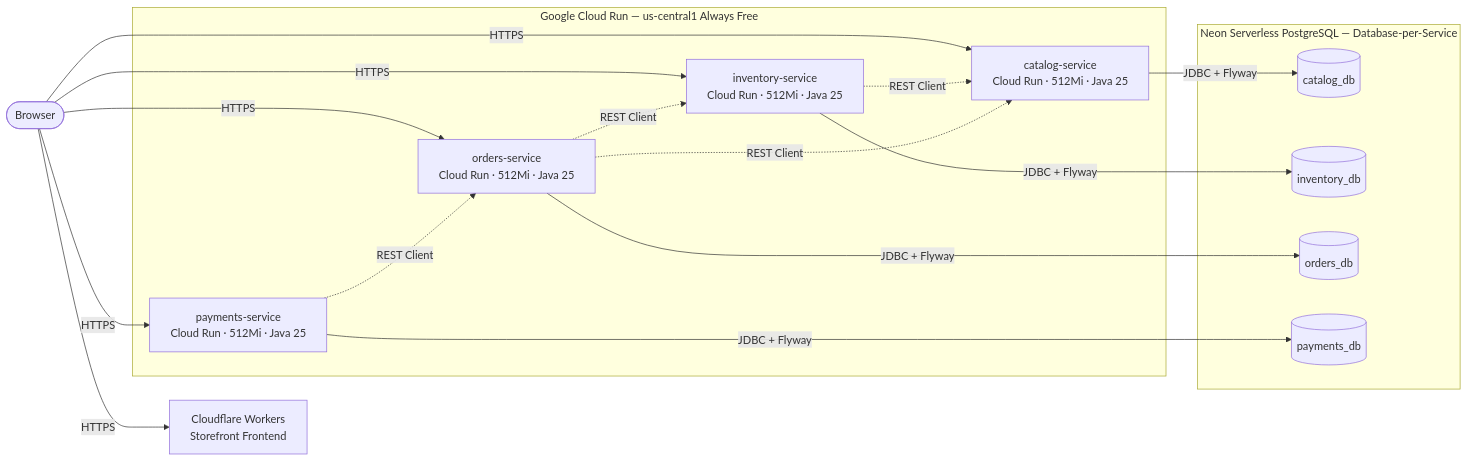
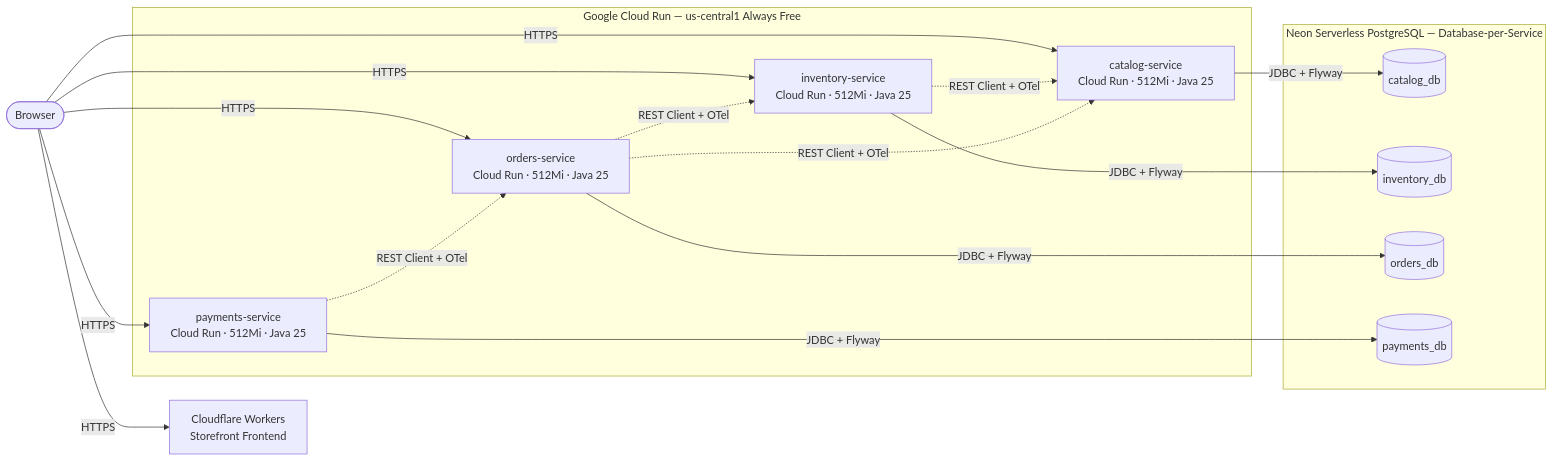
One commit to gbolanoscruz/quantum-store-poc changed the diagram in README.md. Above: the diagram before and after it, drawn with Mermaid. The commit also changed other lines of this file and 2 other files, not shown here.

````diff
--- a/README.md
+++ b/README.md
@@ -7,27 +11,27 @@
 ```mermaid
 flowchart LR
     User([Browser]) -->|HTTPS| CF[Cloudflare Workers<br/>Storefront Frontend]
     User -->|HTTPS| Catalog[catalog-service<br/>Cloud Run · 512Mi · Java 25]
     User -->|HTTPS| Inventory[inventory-service<br/>Cloud Run · 512Mi · Java 25]
     User -->|HTTPS| Orders[orders-service<br/>Cloud Run · 512Mi · Java 25]
     User -->|HTTPS| Payments[payments-service<br/>Cloud Run · 512Mi · Java 25]
 
     subgraph GCP [Google Cloud Run — us-central1 Always Free]
-        Inventory -.->|REST Client| Catalog
-        Orders -.->|REST Client| Catalog
-        Orders -.->|REST Client| Inventory
-        Payments -.->|REST Client| Orders
+        Inventory -.->|REST Client + OTel| Catalog
+        Orders -.->|REST Client + OTel| Catalog
+        Orders -.->|REST Client + OTel| Inventory
+        Payments -.->|REST Client + OTel| Orders
     end
 
     subgraph Neon [Neon Serverless PostgreSQL — Database-per-Service]
         CatalogDB[(catalog_db)]
         InventoryDB[(inventory_db)]
         OrdersDB[(orders_db)]
         PaymentsDB[(payments_db)]
     end
 
     Catalog -->|JDBC + Flyway| CatalogDB
     Inventory -->|JDBC + Flyway| InventoryDB
     Orders -->|JDBC + Flyway| OrdersDB
     Payments -->|JDBC + Flyway| PaymentsDB
 ```
````
